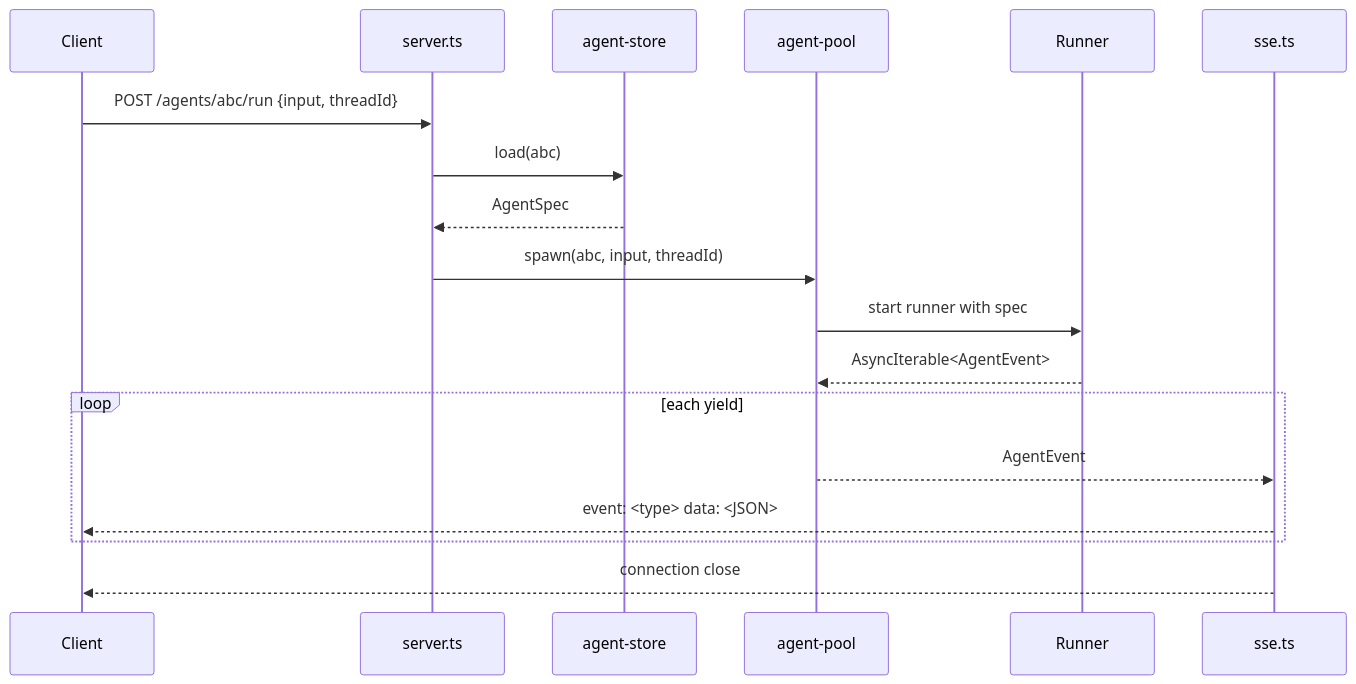
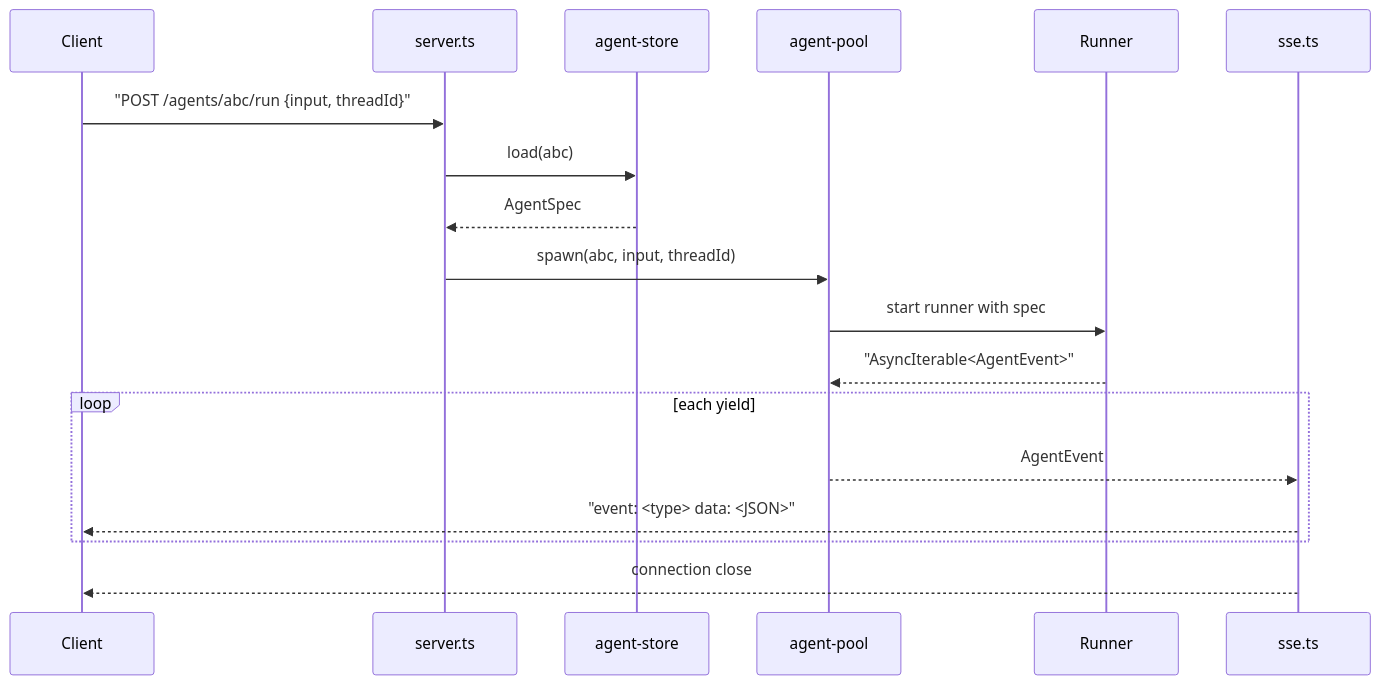
Before and after one commit to Chengchcc/my-agent-team: the second of 3 diagrams in docs/architecture/11-backend.md, drawn with Mermaid. The commit also changed 2 other files, not shown here.

Commit message:
docs: fix mermaid syntax — quote message text with braces and angle brackets
Mermaid sequence diagrams treat {} and <> as special characters.
Unquoted message text containing these characters breaks rendering
on GitHub and other mermaid renderers. Wrap affected message texts
in double quotes across 3 architecture docs.

````diff
--- a/docs/architecture/11-backend.md
+++ b/docs/architecture/11-backend.md
@@ -316,21 +316,21 @@
 ```mermaid
 sequenceDiagram
   participant C as Client
   participant S as server.ts
   participant ST as agent-store
   participant P as agent-pool
   participant R as Runner
   participant SSE as sse.ts
 
-  C->>S: POST /agents/abc/run {input, threadId}
+  C->>S: "POST /agents/abc/run {input, threadId}"
   S->>ST: load(abc)
   ST-->>S: AgentSpec
   S->>P: spawn(abc, input, threadId)
   P->>R: start runner with spec
-  R-->>P: AsyncIterable<AgentEvent>
+  R-->>P: "AsyncIterable<AgentEvent>"
   loop each yield
     P-->>SSE: AgentEvent
-    SSE-->>C: event: <type> data: <JSON>
+    SSE-->>C: "event: <type> data: <JSON>"
   end
   SSE-->>C: connection close
 ```
````
